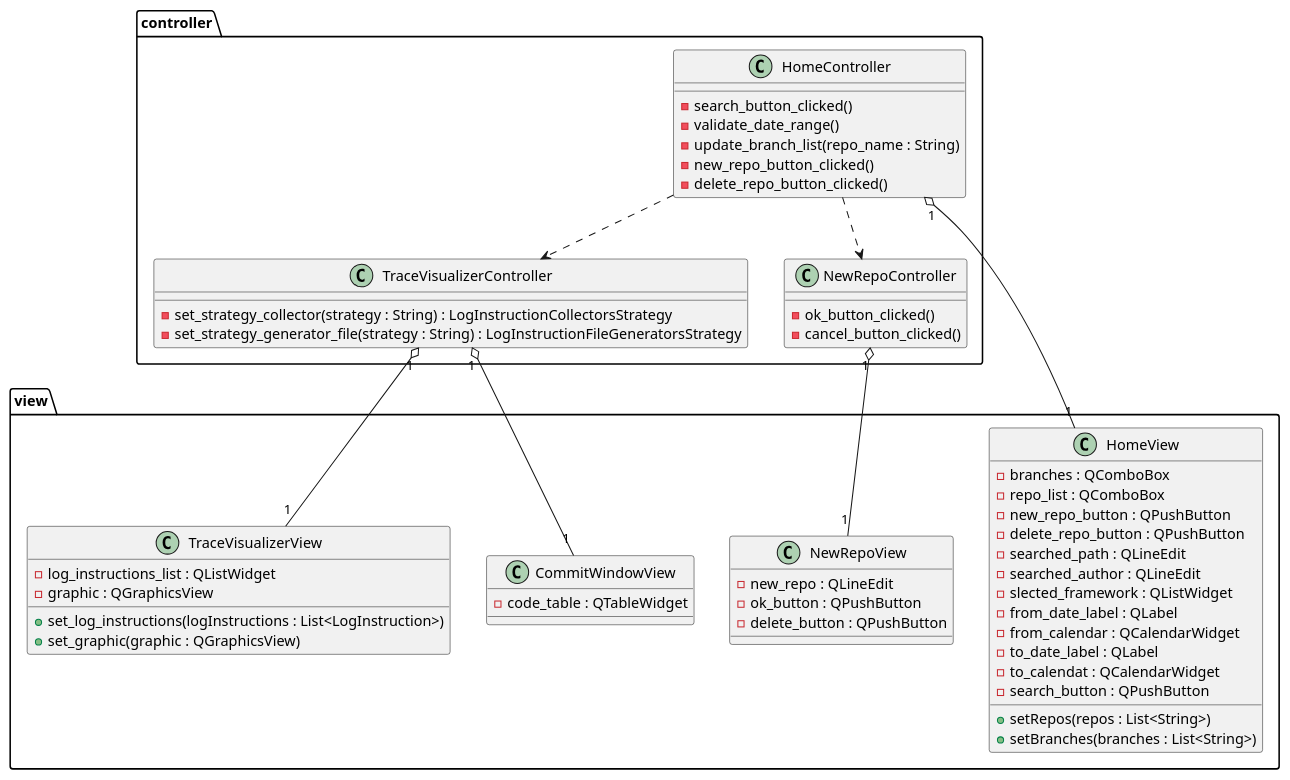
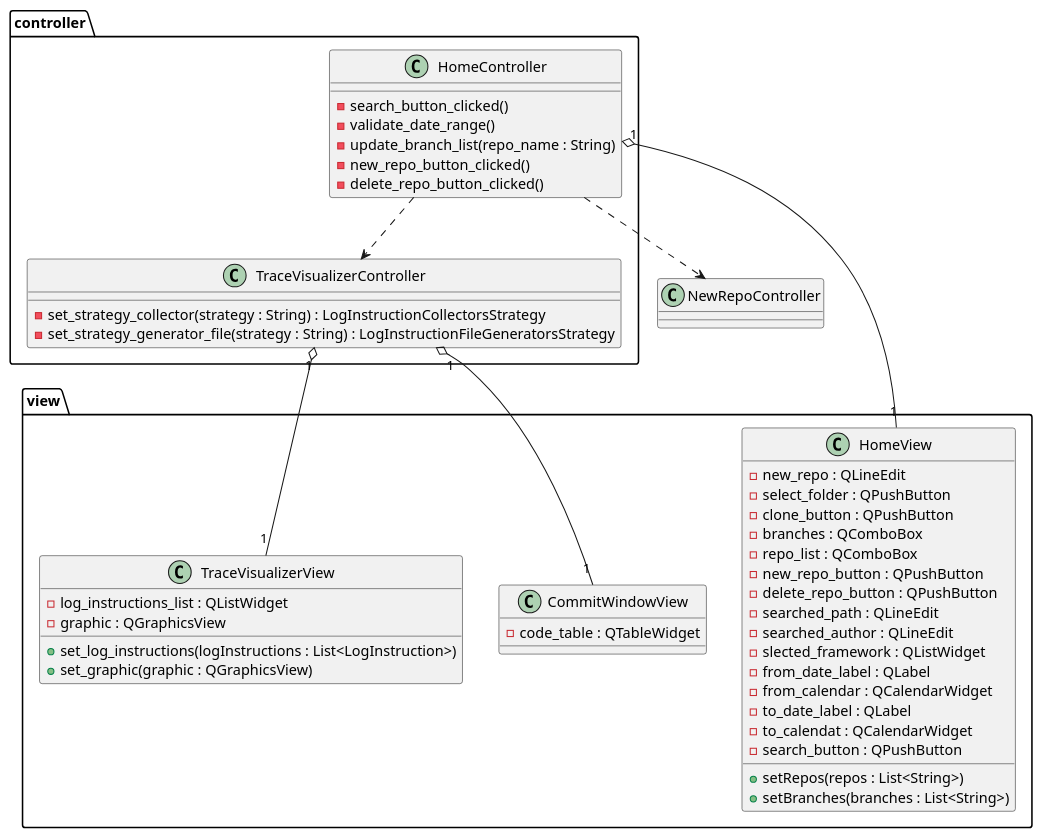
The second of 4 diagrams in doc/classeFinale.puml (woofi7/Outil-de-visualisation-evolution-des-traces-execution), drawn with PlantUML before and after one commit. The commit also changed other lines of this file, not shown here.

Commit message:
changer le diagramme de classe

```diff
--- a/doc/classeFinale.puml
+++ b/doc/classeFinale.puml
@@ -141,62 +135,54 @@
 @startuml viewControllerNew
 package controller {
     class HomeController{
         - search_button_clicked()
         - validate_date_range()
         - update_branch_list(repo_name : String)
         - new_repo_button_clicked()
         - delete_repo_button_clicked()
     }
     class TraceVisualizerController{
         - set_strategy_collector(strategy : String) : LogInstructionCollectorsStrategy
         - set_strategy_generator_file(strategy : String) : LogInstructionFileGeneratorsStrategy
     }
-
-    class NewRepoController{
-        - ok_button_clicked()
-        - cancel_button_clicked()
-    }
 }
 
 package view {
     class CommitWindowView{
         - code_table : QTableWidget
     }
 
     class HomeView {
+        - new_repo : QLineEdit
+        - select_folder : QPushButton
+        - clone_button : QPushButton
         - branches : QComboBox
         - repo_list : QComboBox
         - new_repo_button : QPushButton
         - delete_repo_button : QPushButton
         - searched_path : QLineEdit
         - searched_author : QLineEdit
         - slected_framework : QListWidget
         - from_date_label : QLabel
         - from_calendar : QCalendarWidget
         - to_date_label : QLabel
         - to_calendat : QCalendarWidget
         - search_button : QPushButton
         + setRepos(repos : List<String>)
         + setBranches(branches : List<String>)
     }
-    class NewRepoView{
-        - new_repo : QLineEdit
-        - ok_button : QPushButton
-        - delete_button : QPushButton
-    }
     class TraceVisualizerView{
         - log_instructions_list : QListWidget
         - graphic : QGraphicsView
         + set_log_instructions(logInstructions : List<LogInstruction>)
         + set_graphic(graphic : QGraphicsView)
     }
 }
 
 HomeController "1" o-- "1" HomeView
 HomeController ..> TraceVisualizerController
 HomeController ..> NewRepoController
 
 TraceVisualizerController "1" o-- "1" TraceVisualizerView
 TraceVisualizerController "1" o-- "1" CommitWindowView
-NewRepoController "1" o-- "1" NewRepoView
 @enduml
```
